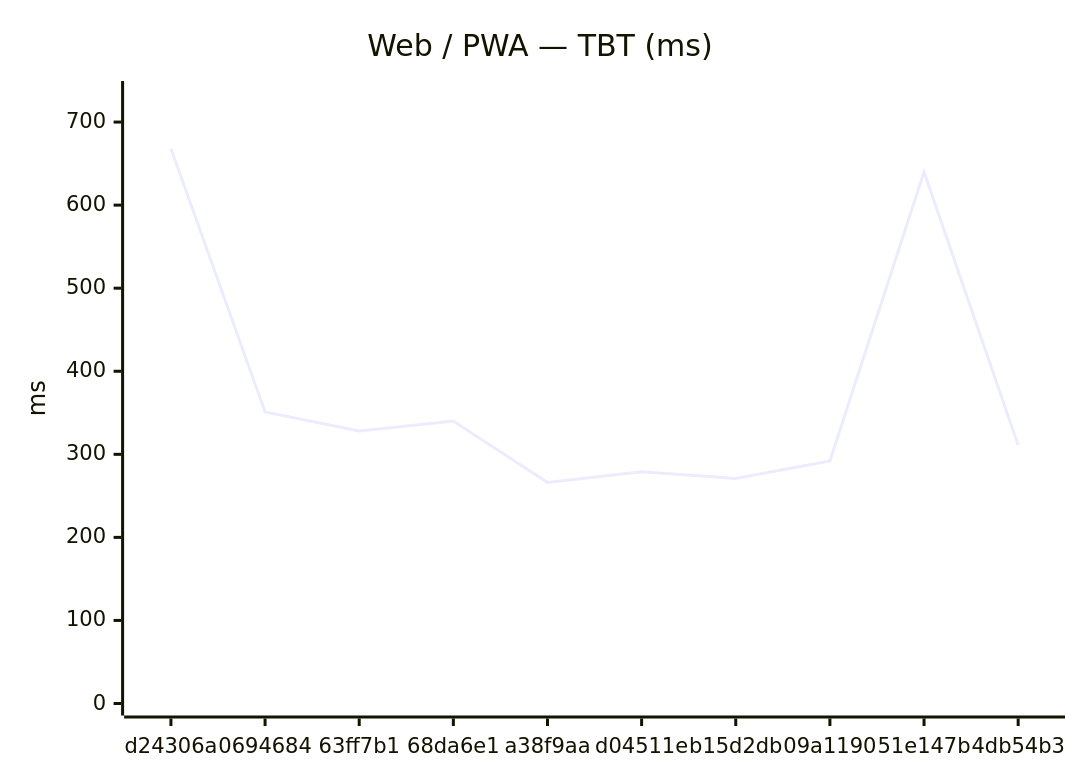
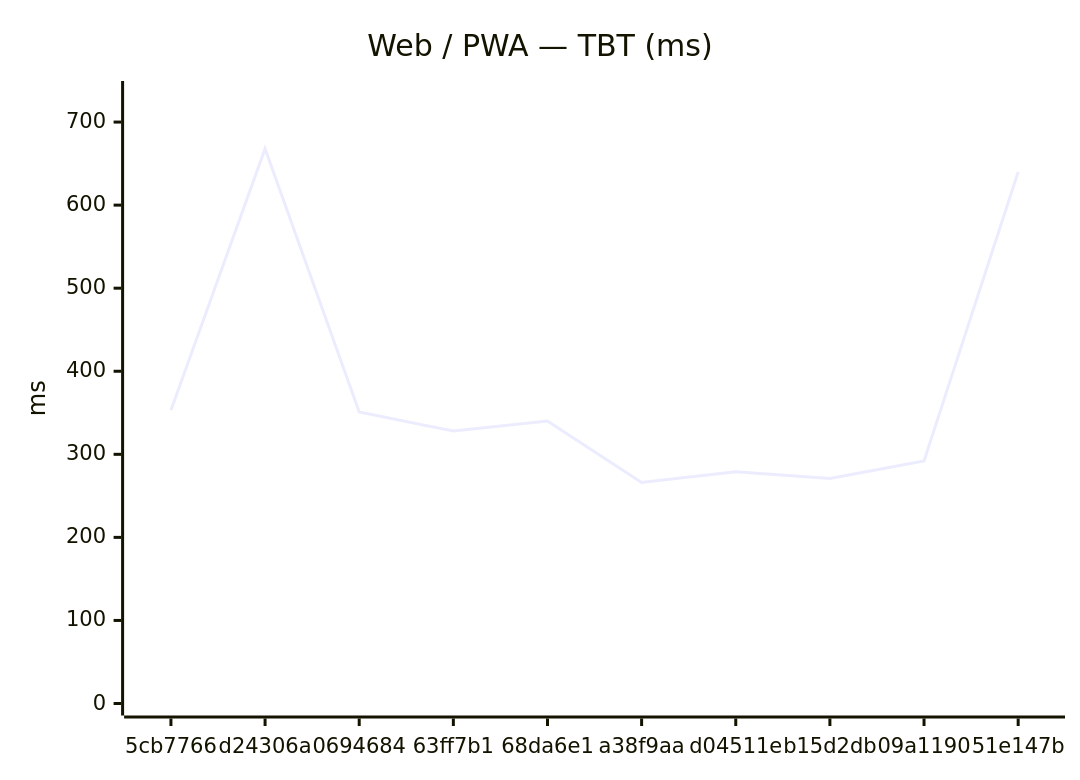
One commit to Metaheurist/Rianell changed the second of 18 diagrams in benchmarks/compare.md. Above: the diagram before and after it, drawn with Mermaid. The commit also changed other lines of this file and 11 other files, not shown here.

````diff
--- a/benchmarks/compare.md
+++ b/benchmarks/compare.md
@@ -31,7 +31,7 @@
 ```mermaid
 xychart-beta
     title "Web / PWA — TBT (ms)"
-    x-axis ["d24306a", "0694684", "63ff7b1", "68da6e1", "a38f9aa", "d04511e", "b15d2db", "09a1190", "51e147b", "4db54b3"]
+    x-axis ["5cb7766", "d24306a", "0694684", "63ff7b1", "68da6e1", "a38f9aa", "d04511e", "b15d2db", "09a1190", "51e147b"]
     y-axis "ms" 0 --> 735
-    line [668, 351, 328, 340, 266, 279, 271, 292, 640, 311]
+    line [353, 668, 351, 328, 340, 266, 279, 271, 292, 640]
 ```
````
